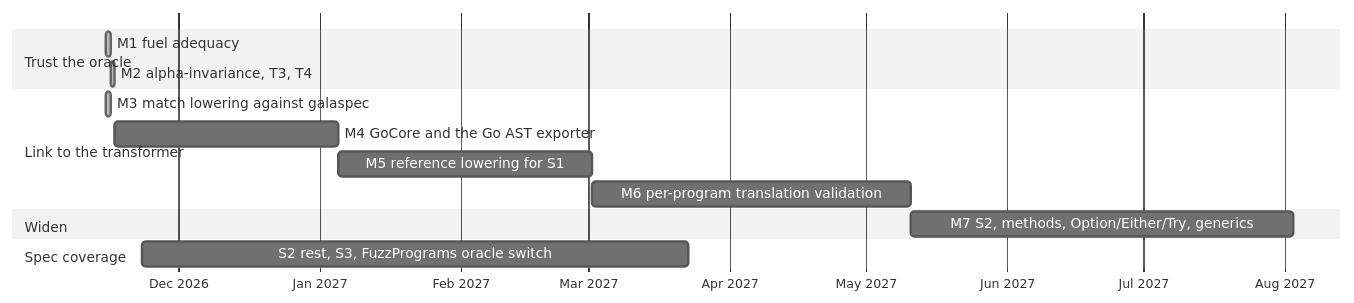
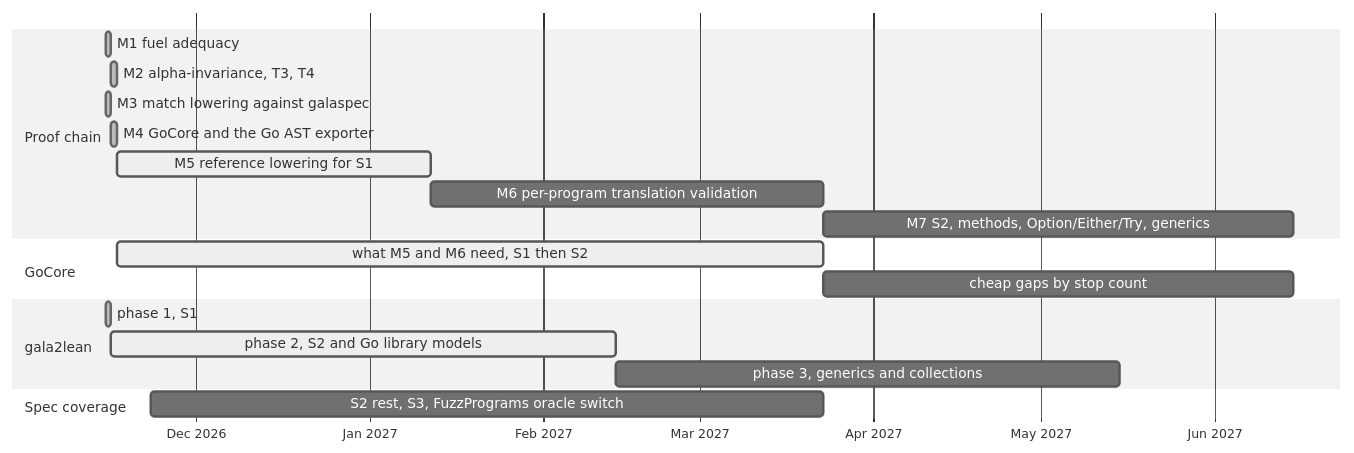
Before and after one commit to martianoff/gala: the seventh of 7 diagrams in docs/FORMAL_SEMANTICS.MD, drawn with Mermaid (neutral theme). The commit also changed other lines of this file and 1 other file, not shown here.

````diff
--- a/docs/FORMAL_SEMANTICS.MD
+++ b/docs/FORMAL_SEMANTICS.MD
@@ -1064,17 +1213,22 @@
 ```mermaid
 gantt
     dateFormat  YYYY-MM-DD
     axisFormat  %b %Y
-    section Trust the oracle
+    section Proof chain
     M1 fuel adequacy                         :done, m1, 2026-11-15, 1d
     M2 alpha-invariance, T3, T4              :done, m2, 2026-11-16, 1d
-    section Link to the transformer
     M3 match lowering against galaspec       :done, m3, 2026-11-15, 1d
-    M4 GoCore and the Go AST exporter        :m4, after m2, 49d
-    M5 reference lowering for S1             :m5, after m4, 56d
+    M4 GoCore and the Go AST exporter        :done, m4, 2026-11-16, 1d
+    M5 reference lowering for S1             :active, m5, after m4, 56d
     M6 per-program translation validation    :m6, after m5, 70d
-    section Widen
     M7 S2, methods, Option/Either/Try, generics :m7, after m6, 84d
+    section GoCore
+    what M5 and M6 need, S1 then S2          :active, g1, after m4, 126d
+    cheap gaps by stop count                 :g2, after g1, 84d
+    section gala2lean
+    phase 1, S1                              :done, l1, 2026-11-15, 1d
+    phase 2, S2 and Go library models        :active, l2, after l1, 90d
+    phase 3, generics and collections        :l3, after l2, 90d
     section Spec coverage
     S2 rest, S3, FuzzPrograms oracle switch  :c1, 2026-11-23, 120d
 ```
````
